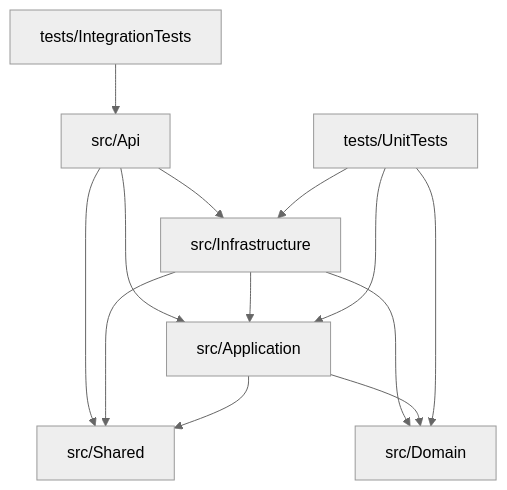
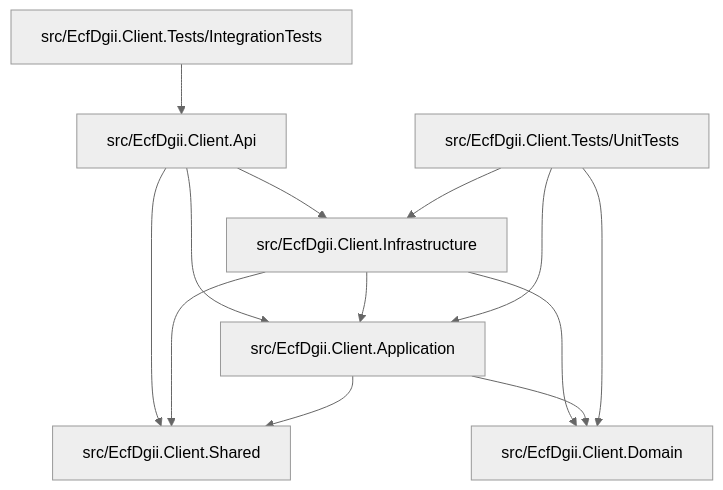
Before and after one commit to JorgeGBeltre/EcfDgi.Client: the first of 2 diagrams in README.md, drawn with Mermaid (neutral theme). The commit also changed other lines of this file and 1 other file, not shown here.

Commit message:
refactor: rename project directories, update Docker/build configurations, and document new security and integration features

````diff
--- a/README.md
+++ b/README.md
@@ -86,15 +86,15 @@
 ```mermaid
 graph TD
-    Api[src/Api] --> Application[src/Application]
-    Api --> Infrastructure[src/Infrastructure]
-    Api --> Shared[src/Shared]
+    Api[src/EcfDgii.Client.Api] --> Application[src/EcfDgii.Client.Application]
+    Api --> Infrastructure[src/EcfDgii.Client.Infrastructure]
+    Api --> Shared[src/EcfDgii.Client.Shared]
     Infrastructure --> Application
-    Infrastructure --> Domain[src/Domain]
+    Infrastructure --> Domain[src/EcfDgii.Client.Domain]
     Infrastructure --> Shared
     Application --> Domain
     Application --> Shared
-    tests/UnitTests --> Application
-    tests/UnitTests --> Domain
-    tests/UnitTests --> Infrastructure
-    tests/IntegrationTests --> Api
+    UnitTests[src/EcfDgii.Client.Tests/UnitTests] --> Application
+    UnitTests --> Domain
+    UnitTests --> Infrastructure
+    IntegrationTests[src/EcfDgii.Client.Tests/IntegrationTests] --> Api
 ```
````
